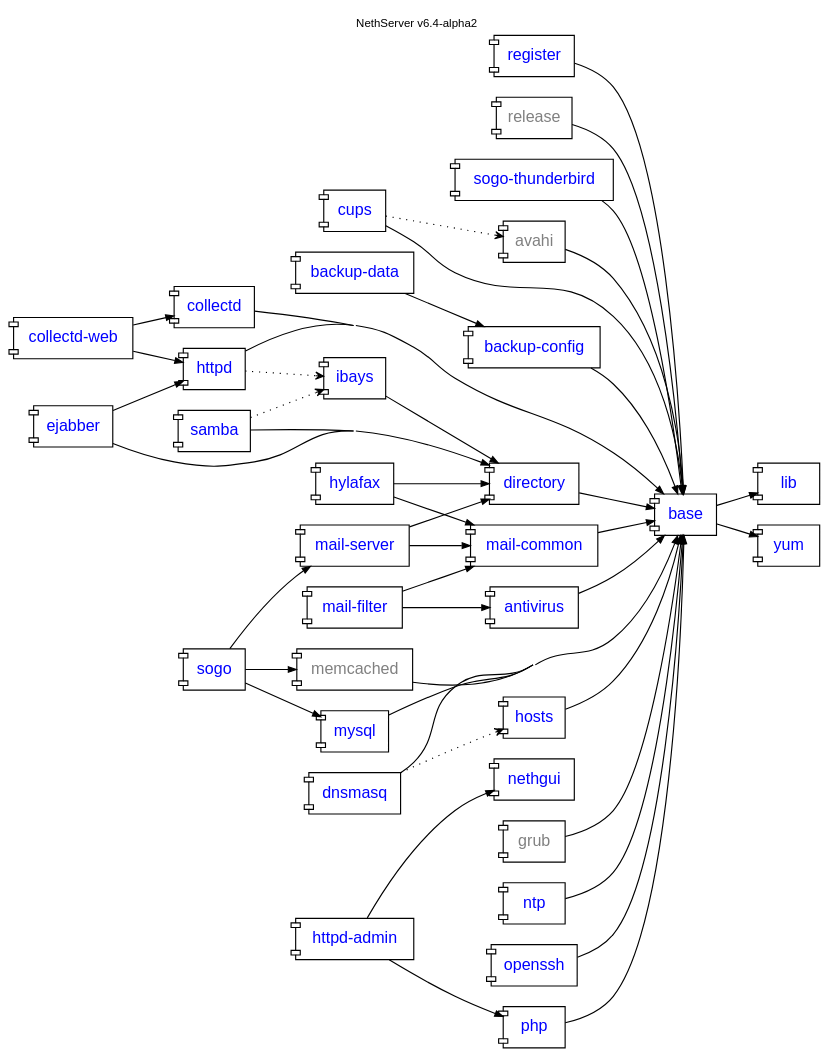
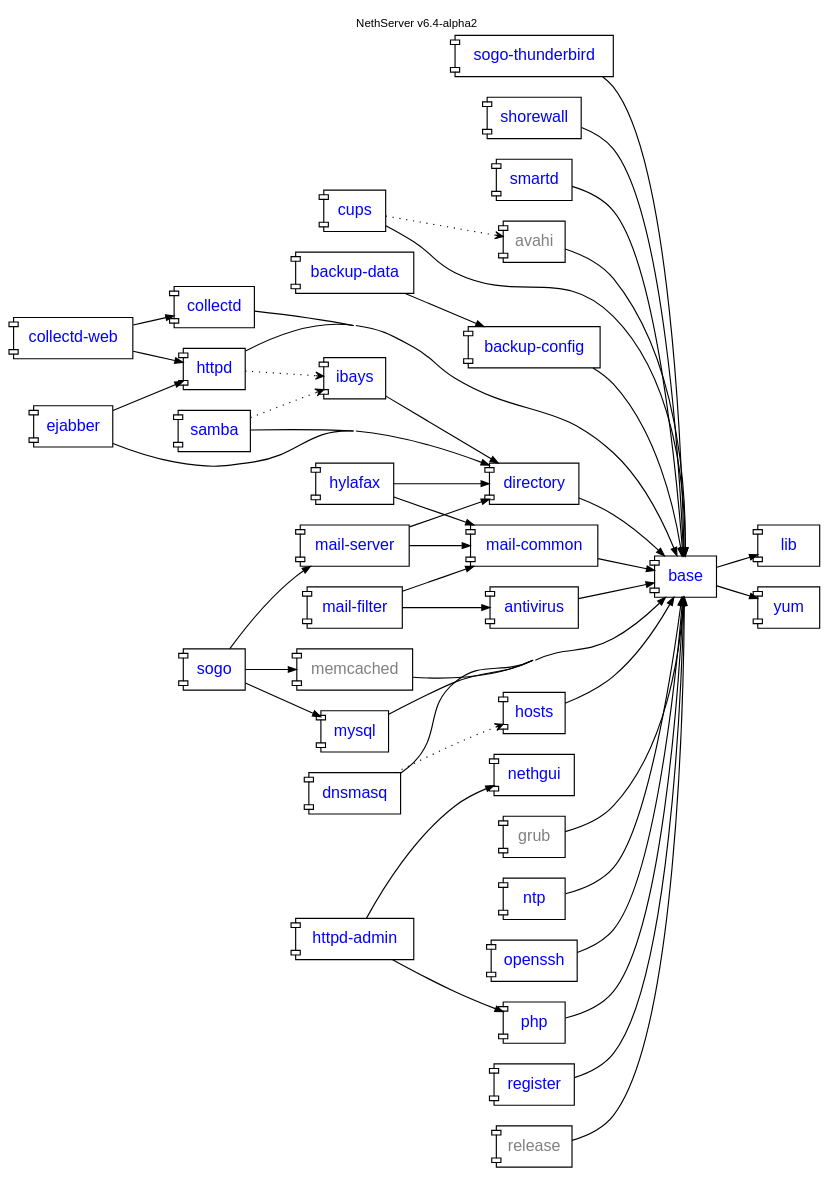
One commit to nethesis/dev-nethesis-it changed the diagram in nethserver/package-dependencies.dot. Above: the diagram before and after it, drawn with Graphviz.

Commit message:
package-dependencies graph: added [[nethserver-smartd]] and [[nethserver-shorewall]] packages. Refs #1906

```diff
--- a/nethserver/package-dependencies.dot
+++ b/nethserver/package-dependencies.dot
@@ -1,87 +1,91 @@
 digraph "v6.4-alpha2" {
     rankdir = "LR"; compound = true; concentrate = true; fontname = "Helvetica"; fontnames="svg"; fontsize=10.0; label="NethServer v6.4-alpha2"; labelloc = "t"
 
     node [shape="component",fontname="Helvetica"];
     edge [arrowsize=0.7];
 
     antivirus [fontcolor=blue,URL="http://dev.nethesis.it/projects/nethserver/wiki/nethserver-antivirus"];
     avahi [fontcolor=gray];
     backup_config [label="backup-config",fontcolor=blue,URL="http://dev.nethesis.it/projects/nethserver/wiki/nethserver-backup"];
     backup_data [label="backup-data",fontcolor=blue,URL="http://dev.nethesis.it/projects/nethserver/wiki/nethserver-backup"];   
     base [fontcolor=blue,URL="http://dev.nethesis.it/projects/nethserver/wiki/nethserver-base"];
     collectd [fontcolor=blue,URL="http://dev.nethesis.it/projects/nethserver/wiki/nethserver-collectd"];
     collectd_web [label="collectd-web",fontcolor=blue,URL="http://dev.nethesis.it/projects/nethserver/wiki/nethserver-collectd-web"];
     cups [fontcolor=blue,URL="http://dev.nethesis.it/projects/nethserver-cups/wiki/nethserver-cups"];
     directory [fontcolor=blue,URL="http://dev.nethesis.it/projects/nethserver/wiki/nethserver-directory"];
     dnsmasq [fontcolor=blue,URL="http://dev.nethesis.it/projects/nethserver/wiki/nethserver-dnsmasq"];
     ejabber [fontcolor=blue,URL="http://dev.nethesis.it/projects/nethserver-ejabberd/wiki/nethserver-ejabberd"];
     grub [fontcolor=gray];
     hosts [fontcolor=blue,URL="http://dev.nethesis.it/projects/nethserver/wiki/nethserver-hosts"];
     httpd_admin [fontcolor=blue,label="httpd-admin",URL="http://dev.nethesis.it/projects/nethserver/wiki/nethserver-httpd-admin"];
     httpd [fontcolor=blue,URL="http://dev.nethesis.it/projects/nethserver/wiki/nethserver-httpd"];
     hylafax [fontcolor=blue,URL="http://dev.nethesis.it/projects/nethserver-hylafax/wiki/nethserver-hylafax"];
     ibays [fontcolor=blue,URL="http://dev.nethesis.it/projects/nethserver/wiki/nethserver-ibays"];
     lib [fontcolor=blue,URL="http://dev.nethesis.it/projects/nethserver/wiki/nethserver-lib"];
     mail_common [label="mail-common",fontcolor=blue,URL="http://dev.nethesis.it/projects/nethserver/wiki/nethserver-mail-common"];
     mail_filter [label="mail-filter",fontcolor=blue,URL="http://dev.nethesis.it/projects/nethserver/wiki/nethserver-mail-filter"];
     mail_server [label="mail-server",fontcolor=blue,URL="http://dev.nethesis.it/projects/nethserver/wiki/nethserver-mail-server"];
     memcached [fontcolor=gray];
     mysql [fontcolor=blue,URL="http://dev.nethesis.it/projects/nethserver/wiki/nethserver-mysql"];
     nethgui [fontcolor=blue,URL="http://dev.nethesis.it/projects/nethgui"];
     ntp [fontcolor=blue,URL="http://dev.nethesis.it/projects/nethserver/wiki/nethserver-ntp"];
     openssh [fontcolor=blue,URL="http://dev.nethesis.it/projects/nethserver/wiki/nethserver-openssh"];
     php [fontcolor=blue,URL="http://dev.nethesis.it/projects/nethserver/wiki/nethserver-php"];
     register [fontcolor=blue,URL="http://dev.nethesis.it/projects/nethserver/wiki/nethserver-register"];
     release [fontcolor=gray];
     samba [fontcolor=blue,URL="http://dev.nethesis.it/projects/nethserver/wiki/nethserver-samba"];
     sogo [fontcolor=blue,URL="https://dev.nethesis.it/projects/nethserver/wiki/nethserver-sogo"];
     sogo_thunderbird [label="sogo-thunderbird",fontcolor=blue,URL="https://dev.nethesis.it/projects/nethserver/wiki/nethserver-sogo-thunderbird"];
+    shorewall [fontcolor=blue,URL="https://dev.nethesis.it/projects/nethserver/wiki/nethserver-shorewall"];        
+    smartd [fontcolor=blue,URL="https://dev.nethesis.it/projects/nethserver/wiki/nethserver-smartd"];    
     yum [fontcolor=blue,URL="http://dev.nethesis.it/projects/nethserver/wiki/nethserver-yum"];
 		 
    
     
     base -> lib
     openssh -> base
     directory -> base
     samba -> directory
     ibays -> directory
     httpd -> base
     httpd -> ibays [style=dotted,arrowhead=vee];
     dnsmasq -> hosts [style=dotted,arrowhead=vee];
     dnsmasq -> base
     hosts -> base
     httpd_admin -> php
     httpd_admin -> nethgui
     samba -> ibays [style=dotted,arrowhead=vee];
     base -> yum
     ntp -> base
     php -> base
     mail_server -> directory
     mail_server -> mail_common
     mail_filter -> mail_common
     mail_filter -> antivirus
     mail_common -> base
     antivirus -> base
     release -> base
     grub -> base
     cups -> base
     avahi -> base
     cups -> avahi [style=dotted,arrowhead=vee];
     ejabber -> directory
     ejabber -> httpd
     mysql -> base
     hylafax -> directory
     hylafax -> mail_common
     sogo -> memcached
     sogo -> mail_server
     sogo -> mysql
     sogo_thunderbird -> base
     memcached -> base
     collectd -> base
     collectd_web -> collectd
     collectd_web -> httpd
     backup_config -> base
     backup_data -> backup_config
     register -> base
+    smartd -> base
+    shorewall -> base
 
 }
```
